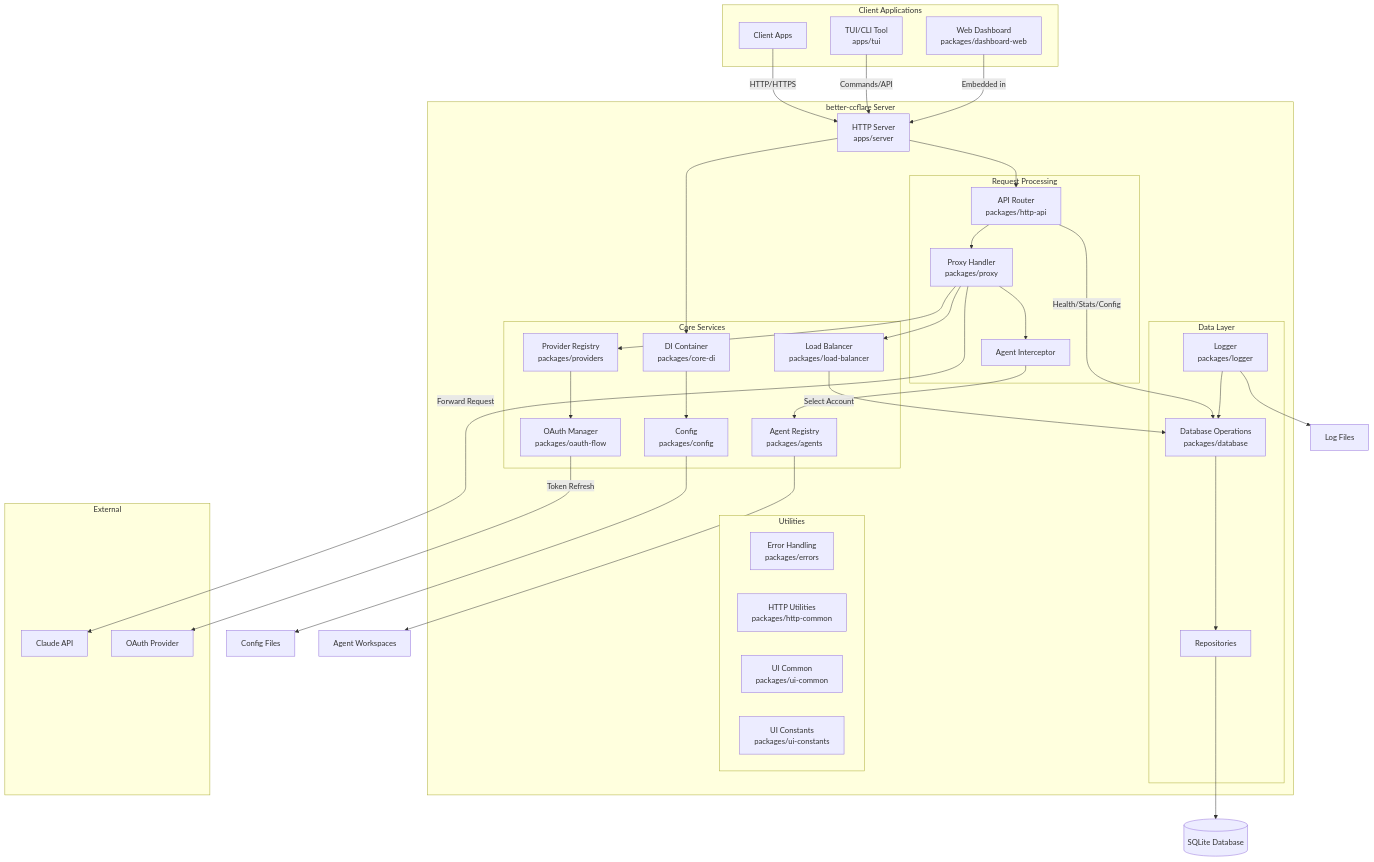
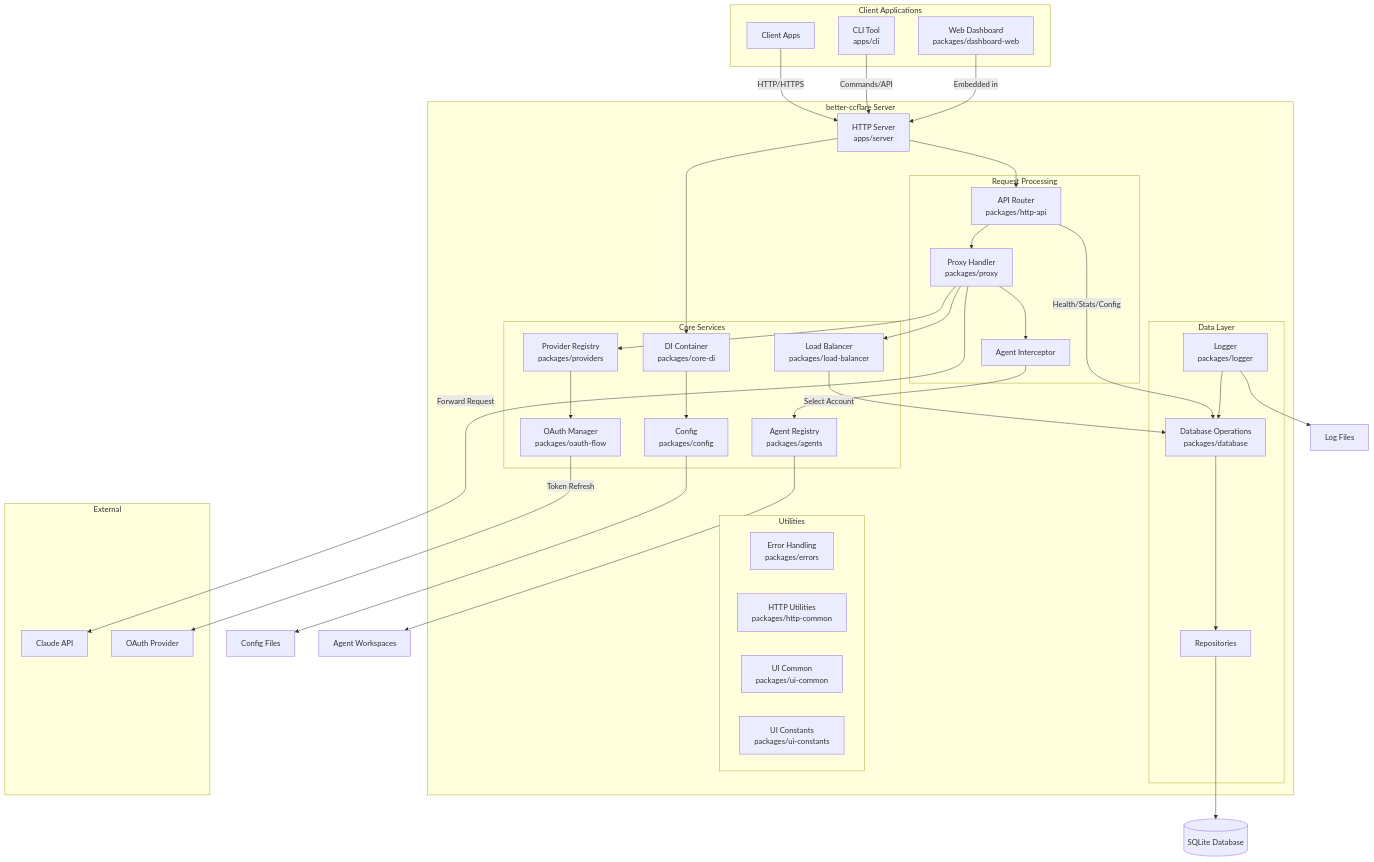
One commit to tombii/better-ccflare changed the second of 25 diagrams in docs/architecture.md. Above: the diagram before and after it, drawn with Mermaid. The commit also changed other lines of this file and 1 other file, not shown here.

First line of the commit message:
docs: complete TUI reference removal from core documentation

````diff
--- a/docs/architecture.md
+++ b/docs/architecture.md
@@ -59,82 +59,82 @@
 ```mermaid
 graph TB
     %% Client Layer
     subgraph "Client Applications"
         CA[Client Apps]
-        TUI[TUI/CLI Tool<br/>apps/tui]
+        CLI[CLI Tool<br/>apps/cli]
         WEB[Web Dashboard<br/>packages/dashboard-web]
     end
 
     %% API Gateway Layer
     subgraph "better-ccflare Server"
         SERVER[HTTP Server<br/>apps/server]
         
         subgraph "Request Processing"
             ROUTER[API Router<br/>packages/http-api]
             PROXY[Proxy Handler<br/>packages/proxy]
             INTERCEPT[Agent Interceptor]
         end
         
         subgraph "Core Services"
             LB[Load Balancer<br/>packages/load-balancer]
             PROV[Provider Registry<br/>packages/providers]
             AUTH[OAuth Manager<br/>packages/oauth-flow]
             AGENTS[Agent Registry<br/>packages/agents]
             DI[DI Container<br/>packages/core-di]
             CFG[Config<br/>packages/config]
         end
         
         subgraph "Data Layer"
             DB[Database Operations<br/>packages/database]
             REPOS[Repositories]
             LOGGER[Logger<br/>packages/logger]
         end
         
         subgraph "Utilities"
             ERRORS[Error Handling<br/>packages/errors]
             HTTP[HTTP Utilities<br/>packages/http-common]
             UI_COMMON[UI Common<br/>packages/ui-common]
             UI_CONST[UI Constants<br/>packages/ui-constants]
         end
     end
 
     %% External Services
     subgraph "External"
         CLAUDE[Claude API]
         OAUTH[OAuth Provider]
     end
 
     %% Storage
     SQLITE[(SQLite Database)]
     LOGS[Log Files]
     CONFIG[Config Files]
     WORKSPACES[Agent Workspaces]
 
     %% Connections
     CA -->|HTTP/HTTPS| SERVER
-    TUI -->|Commands/API| SERVER
+    CLI -->|Commands/API| SERVER
     WEB -->|Embedded in| SERVER
     
     SERVER --> ROUTER
     SERVER --> DI
     DI --> CFG
     CFG --> CONFIG
     ROUTER --> PROXY
     ROUTER -->|Health/Stats/Config| DB
     
     PROXY --> INTERCEPT
     INTERCEPT --> AGENTS
     AGENTS --> WORKSPACES
     PROXY --> LB
     LB -->|Select Account| DB
     PROXY --> PROV
     PROV --> AUTH
     
     PROXY -->|Forward Request| CLAUDE
     AUTH -->|Token Refresh| OAUTH
     
     DB --> REPOS
     REPOS --> SQLITE
     LOGGER --> LOGS
     LOGGER --> DB
 ```
````
